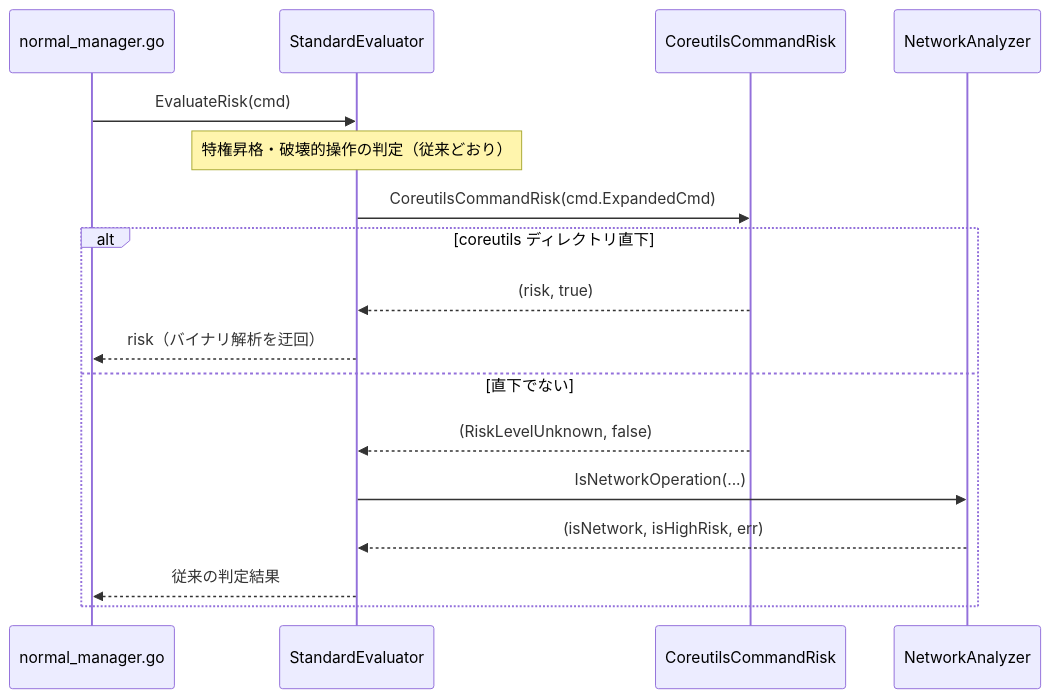
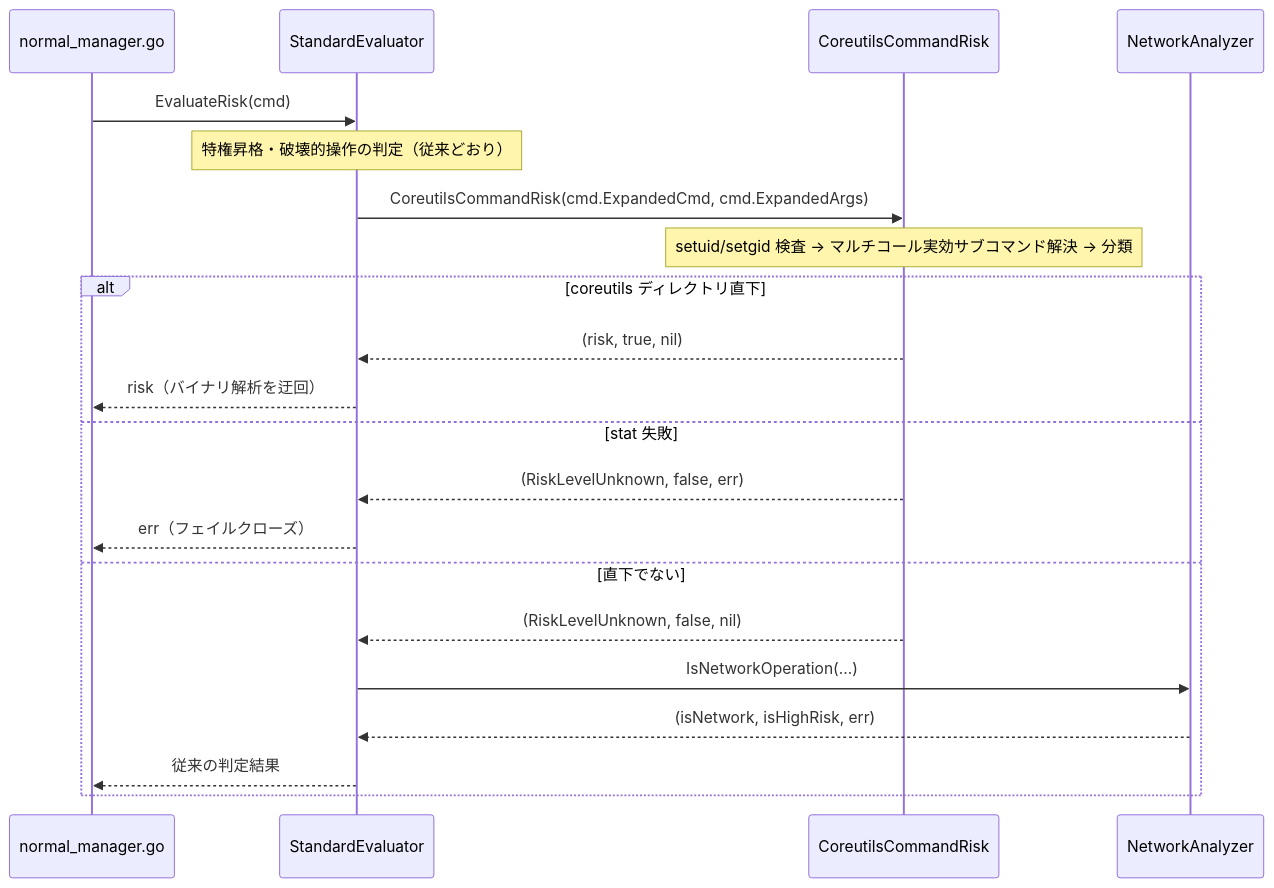
One commit to isseis/go-safe-cmd-runner changed the fifth of 10 diagrams in docs/tasks/0135_rust_coreutils_support/02_architecture.md. Above: the diagram before and after it, drawn with Mermaid. The commit also changed other lines of this file, not shown here.

First line of the commit message:
docs(0135): address PR review on coreutils risk classification

````diff
--- a/docs/tasks/0135_rust_coreutils_support/02_architecture.md
+++ b/docs/tasks/0135_rust_coreutils_support/02_architecture.md
@@ -175,20 +175,24 @@
 ```mermaid
 sequenceDiagram
     participant NM as normal_manager.go
     participant EV as StandardEvaluator
     participant CU as CoreutilsCommandRisk
     participant NA as NetworkAnalyzer
 
     NM->>EV: EvaluateRisk(cmd)
     Note over EV: 特権昇格・破壊的操作の判定（従来どおり）
-    EV->>CU: CoreutilsCommandRisk(cmd.ExpandedCmd)
+    EV->>CU: CoreutilsCommandRisk(cmd.ExpandedCmd, cmd.ExpandedArgs)
+    Note over CU: setuid/setgid 検査 → マルチコール実効サブコマンド解決 → 分類
     alt coreutils ディレクトリ直下
-        CU-->>EV: (risk, true)
+        CU-->>EV: (risk, true, nil)
         EV-->>NM: risk（バイナリ解析を迂回）
+    else stat 失敗
+        CU-->>EV: (RiskLevelUnknown, false, err)
+        EV-->>NM: err（フェイルクローズ）
     else 直下でない
-        CU-->>EV: (RiskLevelUnknown, false)
+        CU-->>EV: (RiskLevelUnknown, false, nil)
         EV->>NA: IsNetworkOperation(...)
         NA-->>EV: (isNetwork, isHighRisk, err)
         EV-->>NM: 従来の判定結果
     end
 ```
````
